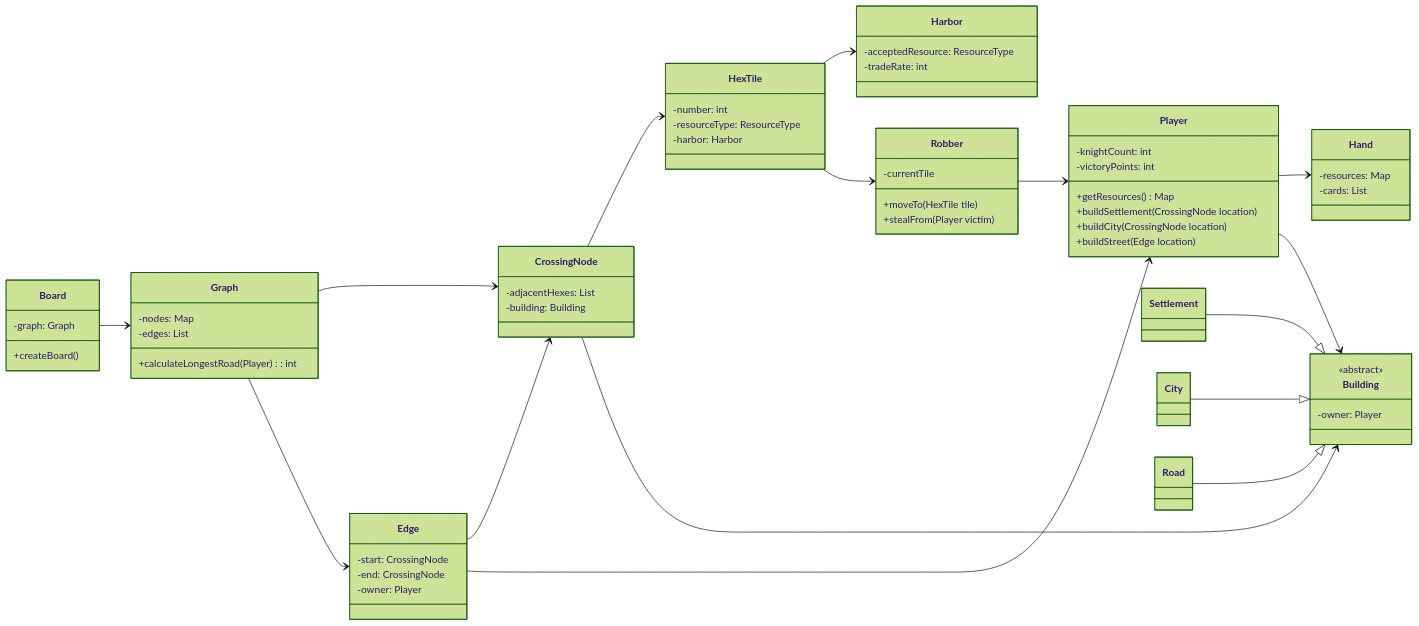
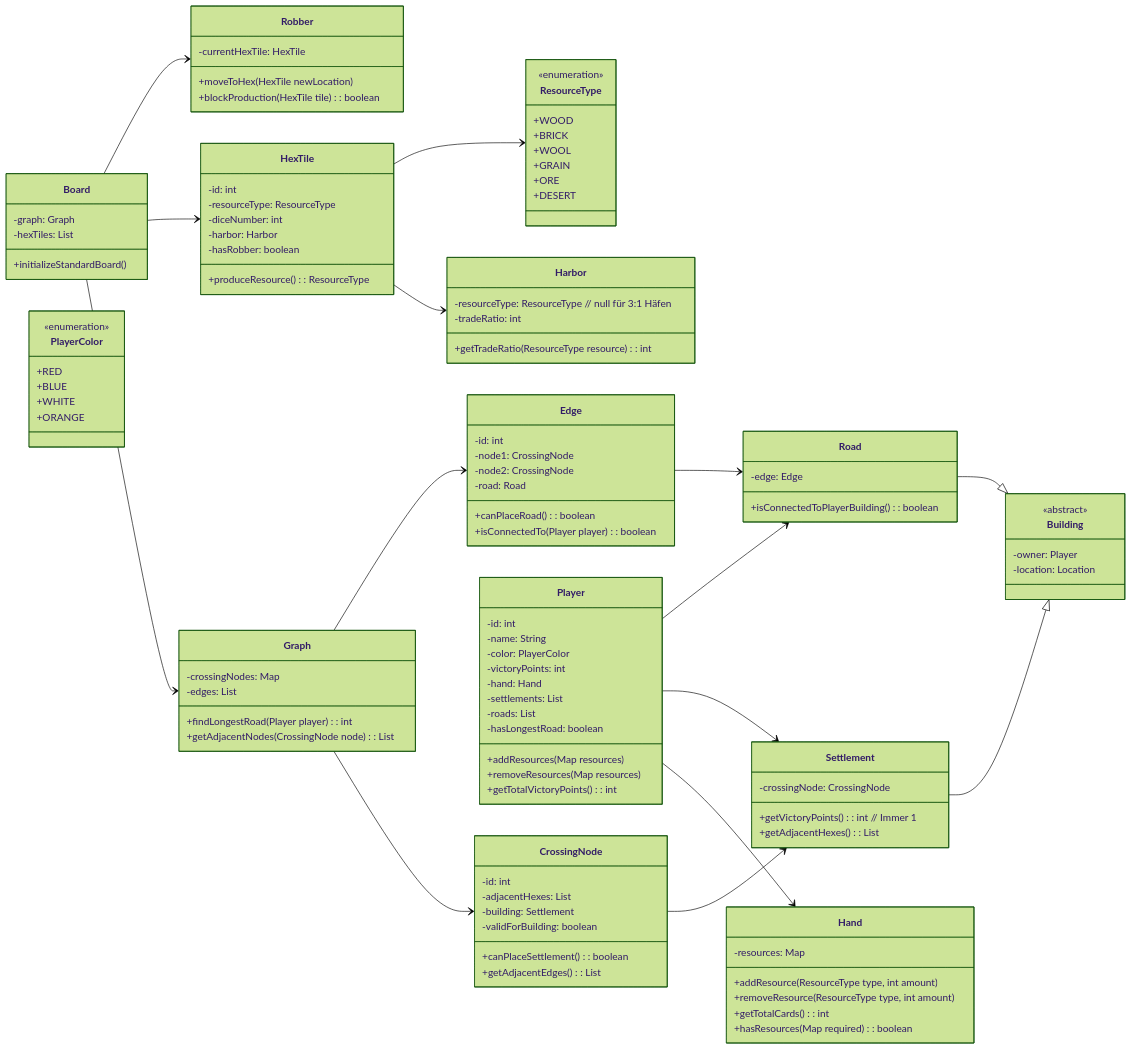
The third of 5 diagrams in ClassDiagram.md (Jakob-332/Dealer-von-Catan), drawn with Mermaid (forest theme) before and after one commit. The commit also changed other lines of this file, not shown here.

````diff
--- a/ClassDiagram.md
+++ b/ClassDiagram.md
@@ -123,84 +135,132 @@
 classDiagram
 direction LR
 
-%% Spielbrett-Klassen
+%% Spielbrett
 class Board {
   -graph: Graph
-  +createBoard()
+  -hexTiles: List<HexTile>
+  +initializeStandardBoard()
 }
 
 class Graph {
-  -nodes: Map<int, CrossingNode>
+  -crossingNodes: Map<Integer, CrossingNode>
   -edges: List<Edge>
-  +calculateLongestRoad(Player): int
+  +findLongestRoad(Player player): int
+  +getAdjacentNodes(CrossingNode node): List<CrossingNode>
 }
 
 class CrossingNode {
+  -id: int
   -adjacentHexes: List<HexTile>
-  -building: Building
+  -building: Settlement
+  -validForBuilding: boolean
+  +canPlaceSettlement(): boolean
+  +getAdjacentEdges(): List<Edge>
 }
 
 class Edge {
-  -start: CrossingNode
-  -end: CrossingNode
-  -owner: Player
+  -id: int
+  -node1: CrossingNode
+  -node2: CrossingNode
+  -road: Road
+  +canPlaceRoad(): boolean
+  +isConnectedTo(Player player): boolean
 }
 
 class HexTile {
-  -number: int
+  -id: int
   -resourceType: ResourceType
+  -diceNumber: int
   -harbor: Harbor
+  -hasRobber: boolean
+  +produceResource(): ResourceType
 }
 
 class Harbor {
-  -acceptedResource: ResourceType
-  -tradeRate: int
+  -resourceType: ResourceType  // null für 3:1 Häfen
+  -tradeRatio: int
+  +getTradeRatio(ResourceType resource): int
 }
 
 class Robber {
-  -currentTile
-  +moveTo(HexTile tile)
-  +stealFrom(Player victim)
+  -currentHexTile: HexTile
+  +moveToHex(HexTile newLocation)
+  +blockProduction(HexTile tile): boolean
 }
 
-%% Spieler-Klassen
+%% Spieler (vereinfacht)
 class Player {
-  -knightCount: int
+  -id: int
+  -name: String
+  -color: PlayerColor
   -victoryPoints: int
-  +getResources() Map<ResourceType, Integer>
-  +buildSettlement(CrossingNode location)
-  +buildCity(CrossingNode location)
-  +buildStreet(Edge location)
+  -hand: Hand
+  -settlements: List<Settlement>
+  -roads: List<Road>
+  -hasLongestRoad: boolean
+  +addResources(Map<ResourceType, Integer> resources)
+  +removeResources(Map<ResourceType, Integer> resources)
+  +getTotalVictoryPoints(): int
 }
 
 class Hand {
   -resources: Map<ResourceType, Integer>
-  -cards: List<DevelopmentCard>
+  +addResource(ResourceType type, int amount)
+  +removeResource(ResourceType type, int amount)
+  +getTotalCards(): int
+  +hasResources(Map<ResourceType, Integer> required): boolean
 }
 
+%% Gebäude (nur Settlement und Road)
 class Building {
   <<abstract>>
   -owner: Player
+  -location: Location
 }
 
-class Settlement
-class City
-class Road
-Settlement --|> Building
-City --|> Building
-Road --|> Building
+class Settlement {
+  -crossingNode: CrossingNode
+  +getVictoryPoints(): int  // Immer 1
+  +getAdjacentHexes(): List<HexTile>
+}
+
+class Road {
+  -edge: Edge
+  +isConnectedToPlayerBuilding(): boolean
+}
+
+%% Enumerationen
+class ResourceType {
+  <<enumeration>>
+  +WOOD
+  +BRICK
+  +WOOL
+  +GRAIN
+  +ORE
+  +DESERT
+}
+
+class PlayerColor {
+  <<enumeration>>
+  +RED
+  +BLUE
+  +WHITE
+  +ORANGE
+}
 
 %% Beziehungen
 Board --> Graph
+Board --> HexTile
+Board --> Robber
 Graph --> CrossingNode
 Graph --> Edge
-Edge --> CrossingNode
-Edge --> Player
-CrossingNode --> HexTile
-CrossingNode --> Building
+CrossingNode --> Settlement
+Edge --> Road
 HexTile --> Harbor
-HexTile --> Robber
-Robber --> Player
+HexTile --> ResourceType
 Player --> Hand
-Player --> Building
+Player --> Settlement
+Player --> Road
+Settlement --|> Building
+Road --|> Building
 ```
````
